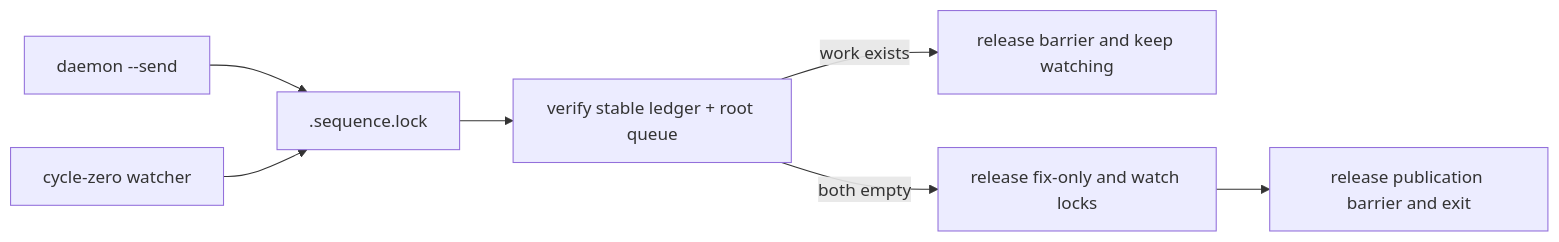
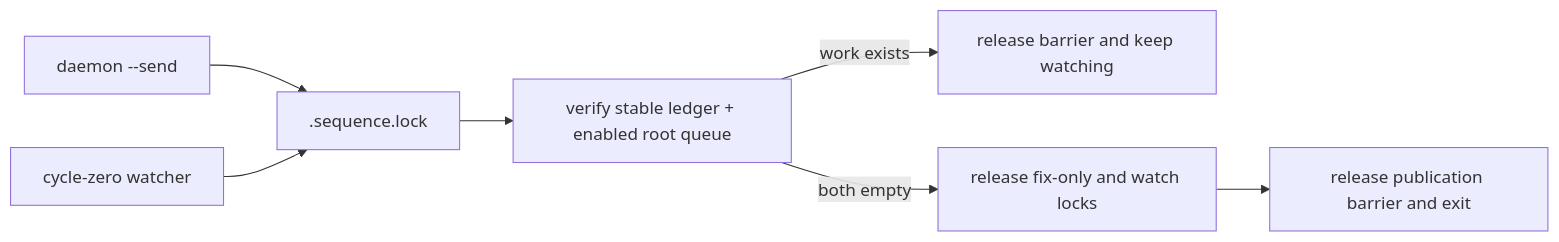
One commit to SBU-COSMOLIKE/emulators_code_v2 changed the fifth of 8 diagrams in ai/README.md. Above: the diagram before and after it, drawn with Mermaid. The commit also changed other lines of this file and 11 other files, not shown here.

````diff
--- a/ai/README.md
+++ b/ai/README.md
@@ -434,9 +478,9 @@
 ```mermaid
 flowchart LR
   Sender["daemon --send"] --> SequenceLock[".sequence.lock"]
   Watcher["cycle-zero watcher"] --> SequenceLock
-  SequenceLock --> Verify["verify stable ledger + root queue"]
+  SequenceLock --> Verify["verify stable ledger + enabled root queue"]
   Verify -->|"work exists"| Continue["release barrier and keep watching"]
   Verify -->|"both empty"| ReleaseWatch["release fix-only and watch locks"]
   ReleaseWatch --> ReleaseBarrier["release publication barrier and exit"]
 ```
````
